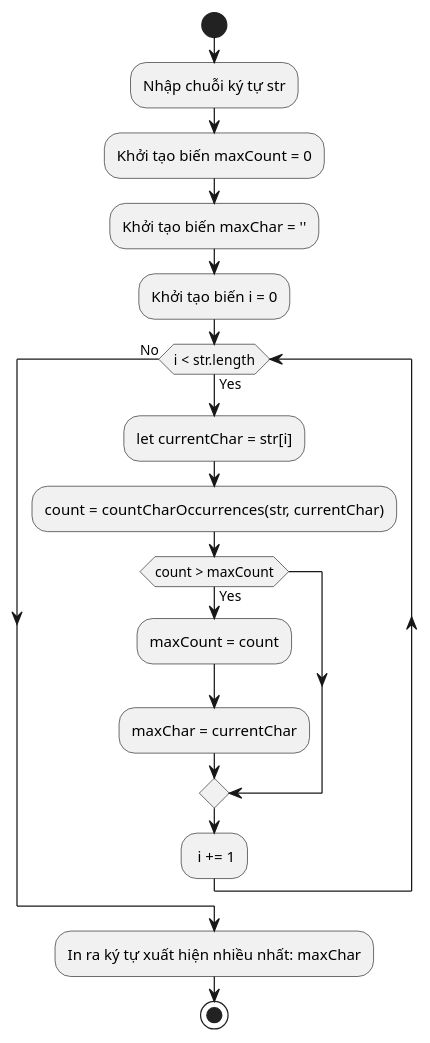
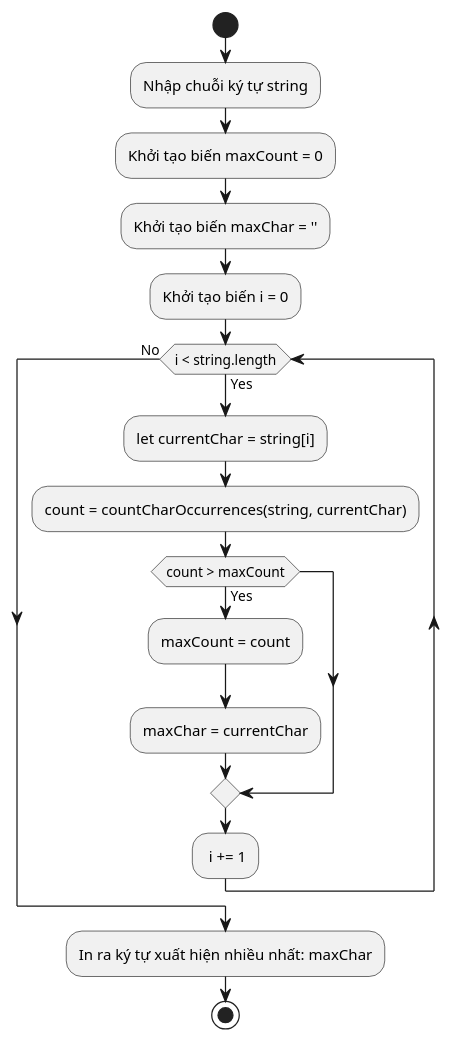
Before and after one commit to manhcuongno3/SET-619: the diagram in e8/8c.puml, drawn with PlantUML. The commit also changed 13 other files, not shown here.

```diff
--- a/e8/8c.puml
+++ b/e8/8c.puml
@@ -1,18 +1,18 @@
 @startuml 8c
 start
-:Nhập chuỗi ký tự str;
+:Nhập chuỗi ký tự string;
 :Khởi tạo biến maxCount = 0;
 :Khởi tạo biến maxChar = '';
 :Khởi tạo biến i = 0;
-while (i < str.length) is (Yes)
-    :let currentChar = str[i];
-    :count = countCharOccurrences(str, currentChar);
+while (i < string.length) is (Yes)
+    :let currentChar = string[i];
+    :count = countCharOccurrences(string, currentChar);
     if (count > maxCount) then (Yes)
         :maxCount = count;
         :maxChar = currentChar;
     endif
     : i += 1;
 endwhile (No)
 :In ra ký tự xuất hiện nhiều nhất: maxChar;
 stop
 @enduml
```
